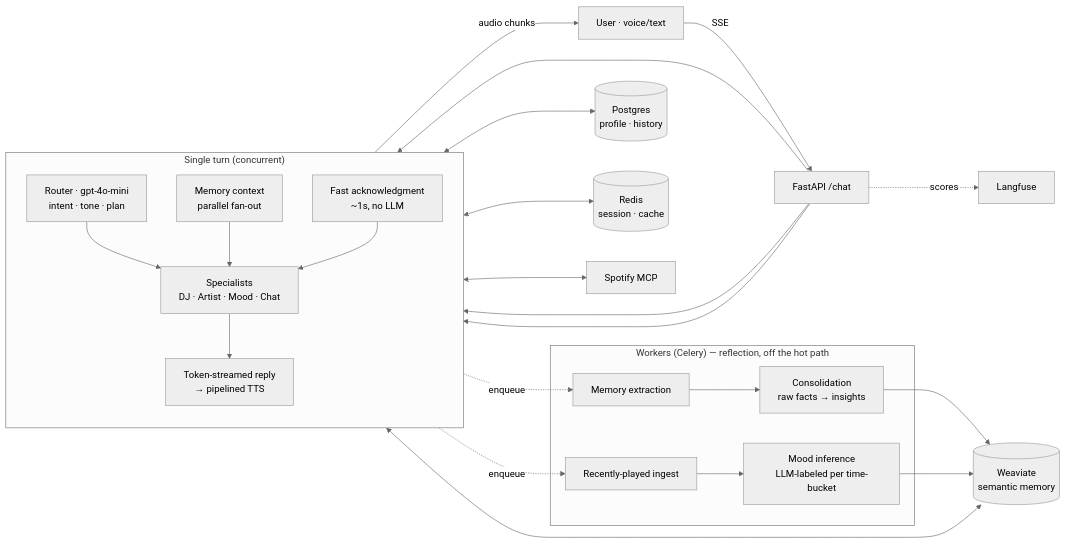
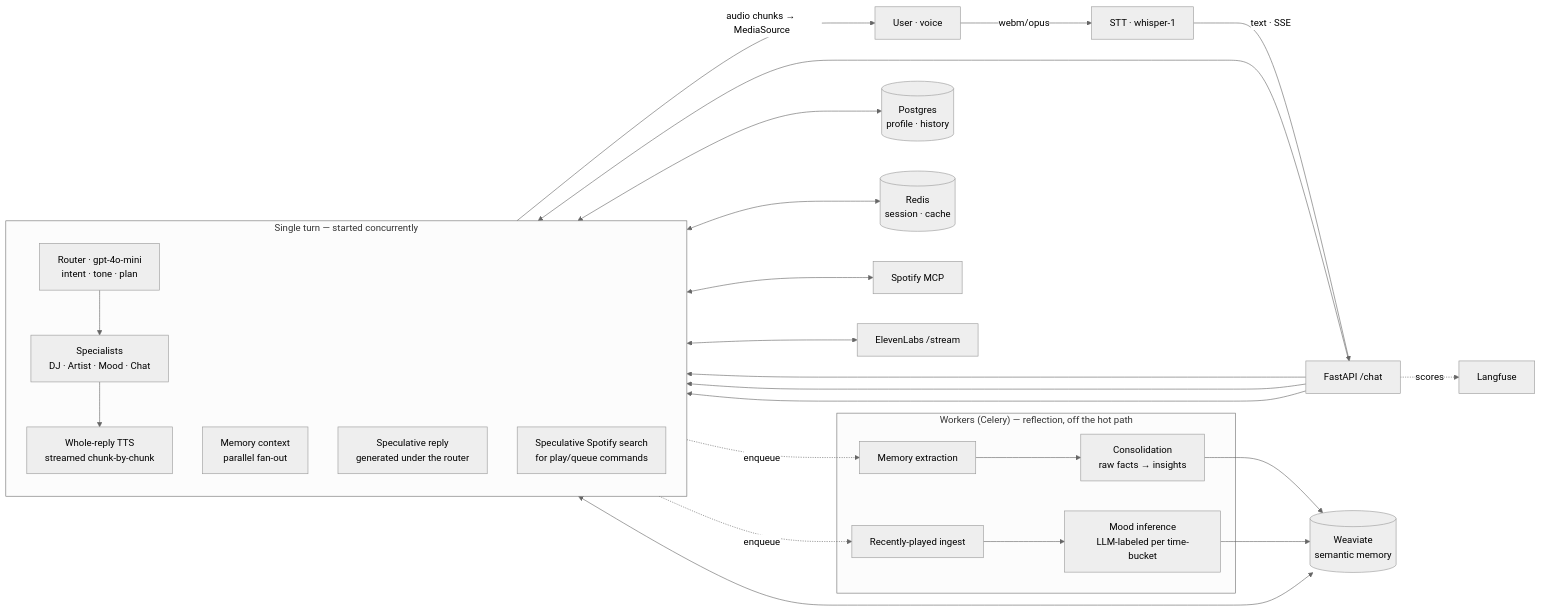
The diagram in README.md (koladefaj/gia), drawn with Mermaid (neutral theme) before and after one commit. The commit also changed other lines of this file, not shown here.

````diff
--- a/README.md
+++ b/README.md
@@ -21,30 +23,34 @@
 ```mermaid
 flowchart LR
-    U[User · voice/text] -->|SSE| API[FastAPI /chat]
+    U[User · voice] -->|webm/opus| STT[STT · whisper-1]
+    STT -->|text · SSE| API[FastAPI /chat]
 
-    subgraph Turn["Single turn (concurrent)"]
+    subgraph Turn["Single turn — started concurrently"]
         direction TB
         ROUTER[Router · gpt-4o-mini<br/>intent · tone · plan]
         MEM[Memory context<br/>parallel fan-out]
-        ACK[Fast acknowledgment<br/>~1s, no LLM]
+        SPECREPLY[Speculative reply<br/>generated under the router]
+        SPECSEARCH[Speculative Spotify search<br/>for play/queue commands]
         SPEC[Specialists<br/>DJ · Artist · Mood · Chat]
-        REPLY[Token-streamed reply<br/>→ pipelined TTS]
+        TTS[Whole-reply TTS<br/>streamed chunk-by-chunk]
     end
 
-    API --> ROUTER & MEM & ACK --> SPEC --> REPLY -->|audio chunks| U
+    API --> ROUTER & MEM & SPECREPLY & SPECSEARCH
+    ROUTER --> SPEC --> TTS -->|audio chunks → MediaSource| U
 
     MEM <--> WV[(Weaviate<br/>semantic memory)]
     MEM <--> PG[(Postgres<br/>profile · history)]
     MEM <--> RD[(Redis<br/>session · cache)]
     SPEC <--> MCP[Spotify MCP]
+    TTS <--> EL[ElevenLabs /stream]
 
     subgraph Background["Workers (Celery) — reflection, off the hot path"]
         EXT[Memory extraction] --> CONS[Consolidation<br/>raw facts → insights]
         ING[Recently-played ingest] --> MOOD[Mood inference<br/>LLM-labeled per time-bucket]
     end
 
-    REPLY -.enqueue.-> EXT & ING
+    TTS -.enqueue.-> EXT & ING
     CONS --> WV
     MOOD --> WV
     API -.scores.-> LF[Langfuse]
 ```
````
